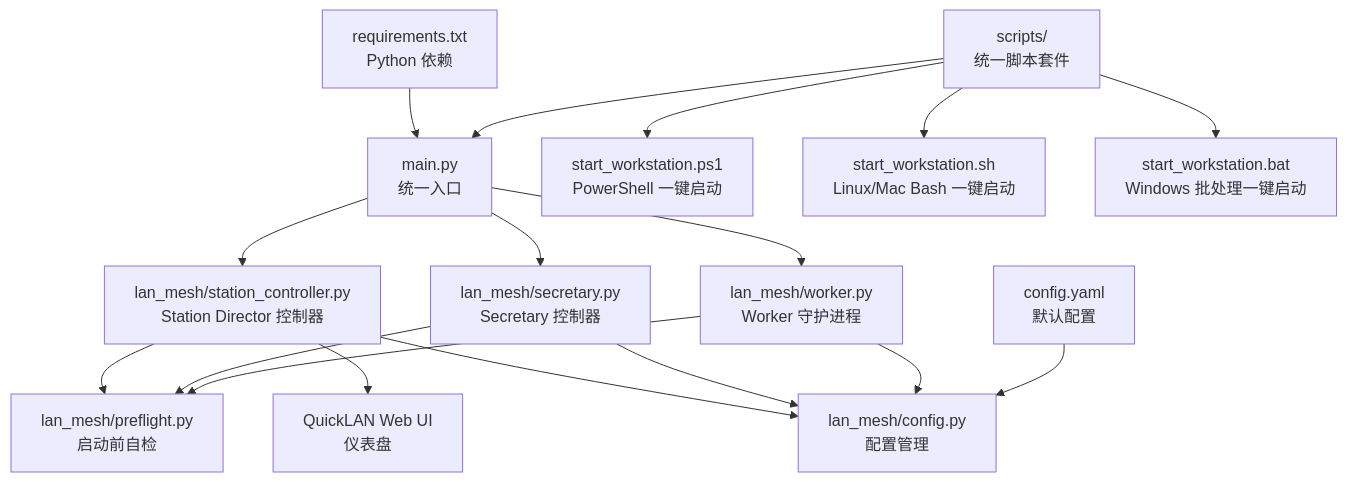
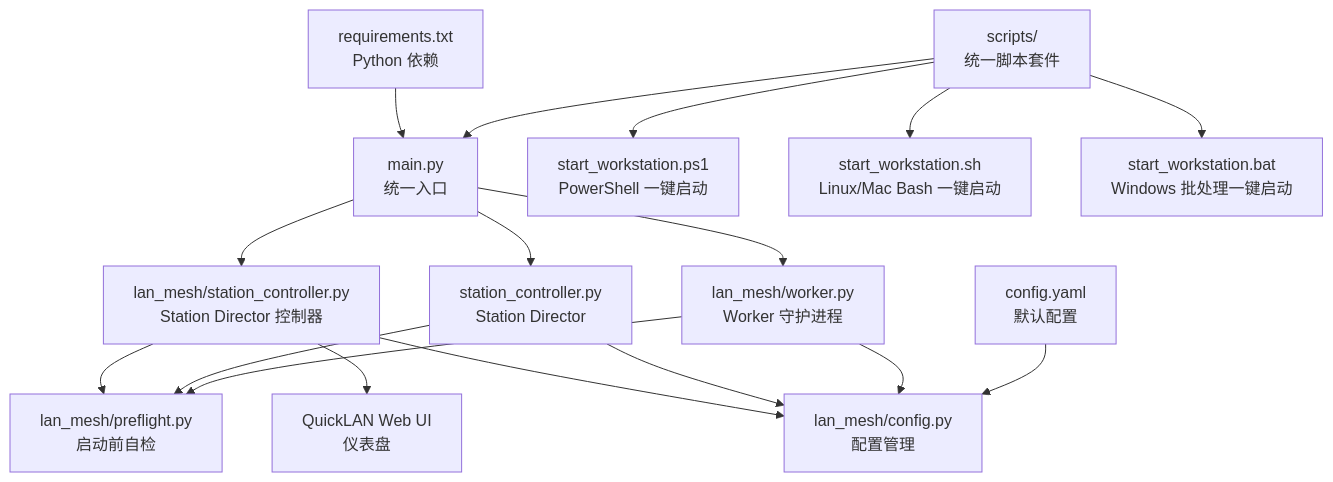
One commit to targalian/Personal-distributed-workstation changed the first of 2 diagrams in .qoder/repowiki/zh/content/快速开始.md. Above: the diagram before and after it, drawn with Mermaid. The commit also changed other lines of this file and 63 other files, not shown here.

Commit message:
docs(station): 同步 repo wiki 至 station_controller/station_api 架构

````diff
--- a/.qoder/repowiki/zh/content/快速开始.md
+++ b/.qoder/repowiki/zh/content/快速开始.md
@@ -53,19 +53,19 @@
 ```mermaid
 graph TB
 A["main.py<br/>统一入口"] --> B["lan_mesh/station_controller.py<br/>Station Director 控制器"]
-A --> C["lan_mesh/secretary.py<br/>Secretary 控制器"]
+A --> C["station_controller.py<br/>Station Director"]
 A --> D["lan_mesh/worker.py<br/>Worker 守护进程"]
 B --> E["lan_mesh/config.py<br/>配置管理"]
 C --> E
 D --> E
 B --> F["lan_mesh/preflight.py<br/>启动前自检"]
 C --> F
 D --> F
 B --> G["QuickLAN Web UI<br/>仪表盘"]
 H["config.yaml<br/>默认配置"] --> E
 I["requirements.txt<br/>Python 依赖"] --> A
 J["scripts/<br/>统一脚本套件"] --> A
 J --> K["start_workstation.ps1<br/>PowerShell 一键启动"]
 J --> L["start_workstation.sh<br/>Linux/Mac Bash 一键启动"]
 J --> M["start_workstation.bat<br/>Windows 批处理一键启动"]
 ```
````
